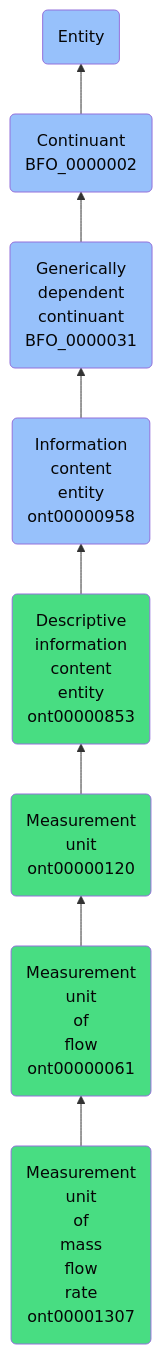
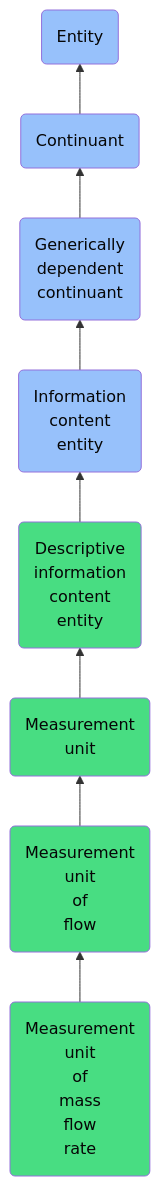
One commit to jupyter-naas/abi changed the diagram in docs/ontology/reference/model/Entity/Continuant/Generically dependent continuant/Information content entity/Descriptive information content entity/Measurement unit/Measurement unit of flow/Measurement unit of mass flow rate/Measurement unit of mass flow rate.md. Above: the diagram before and after it, drawn with Mermaid. The commit also changed other lines of this file and 1430 other files, not shown here.

````diff
--- a/docs/ontology/reference/model/Entity/Continuant/Generically dependent continuant/Information content entity/Descriptive information content entity/Measurement unit/Measurement unit of flow/Measurement unit of mass flow rate/Measurement unit of mass flow rate.md
+++ b/docs/ontology/reference/model/Entity/Continuant/Generically dependent continuant/Information content entity/Descriptive information content entity/Measurement unit/Measurement unit of flow/Measurement unit of mass flow rate/Measurement unit of mass flow rate.md
@@ -24,15 +24,15 @@
 ```mermaid
 graph BT
-    ont00001307(Measurement<br>unit<br>of<br>mass<br>flow<br>rate<br>ont00001307):::ABI-->ont00000061
-    ont00000061(Measurement<br>unit<br>of<br>flow<br>ont00000061):::ABI-->ont00000120
-    ont00000120(Measurement<br>unit<br>ont00000120):::ABI-->ont00000853
-    ont00000853(Descriptive<br>information<br>content<br>entity<br>ont00000853):::ABI-->ont00000958
-    ont00000958(Information<br>content<br>entity<br>ont00000958):::BFO-->BFO_0000031
-    BFO_0000031(Generically<br>dependent<br>continuant<br>BFO_0000031):::BFO-->BFO_0000002
-    BFO_0000002(Continuant<br>BFO_0000002):::BFO-->BFO_0000001
+    ont00001307(Measurement<br>unit<br>of<br>mass<br>flow<br>rate):::ABI-->ont00000061
+    ont00000061(Measurement<br>unit<br>of<br>flow):::ABI-->ont00000120
+    ont00000120(Measurement<br>unit):::ABI-->ont00000853
+    ont00000853(Descriptive<br>information<br>content<br>entity):::ABI-->ont00000958
+    ont00000958(Information<br>content<br>entity):::BFO-->BFO_0000031
+    BFO_0000031(Generically<br>dependent<br>continuant):::BFO-->BFO_0000002
+    BFO_0000002(Continuant):::BFO-->BFO_0000001
     BFO_0000001(Entity):::BFO
     
     classDef BFO fill:#97c1fb,color:#060606
     classDef CCO fill:#e4c51e,color:#060606
     classDef ABI fill:#48DD82,color:#060606
 ```
````
